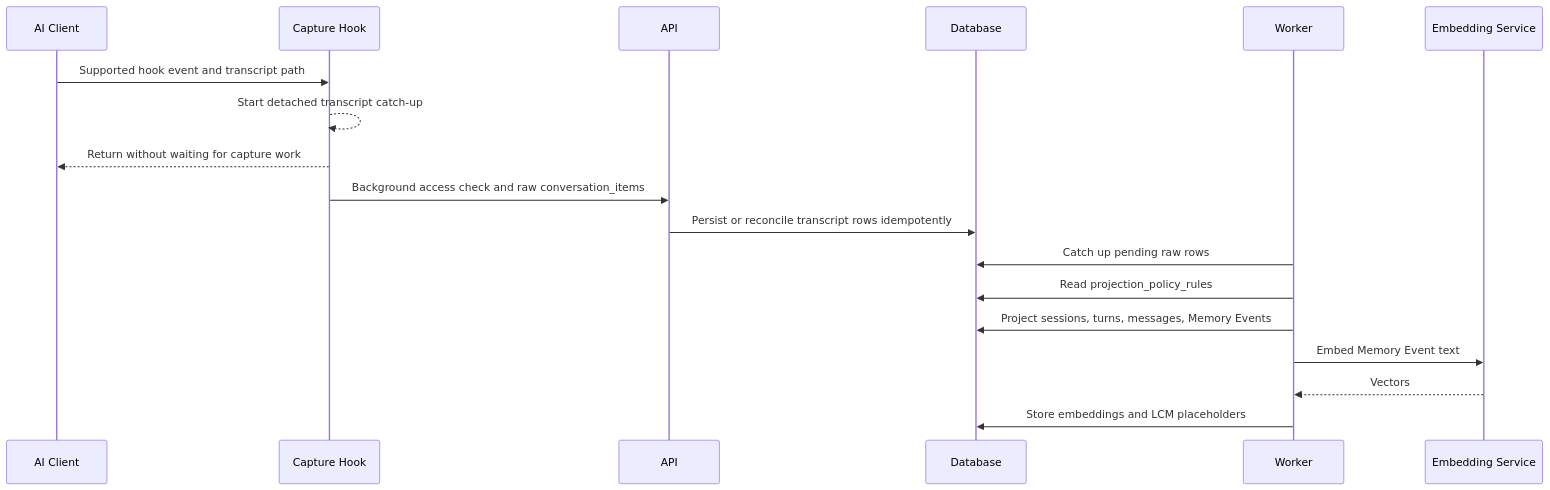
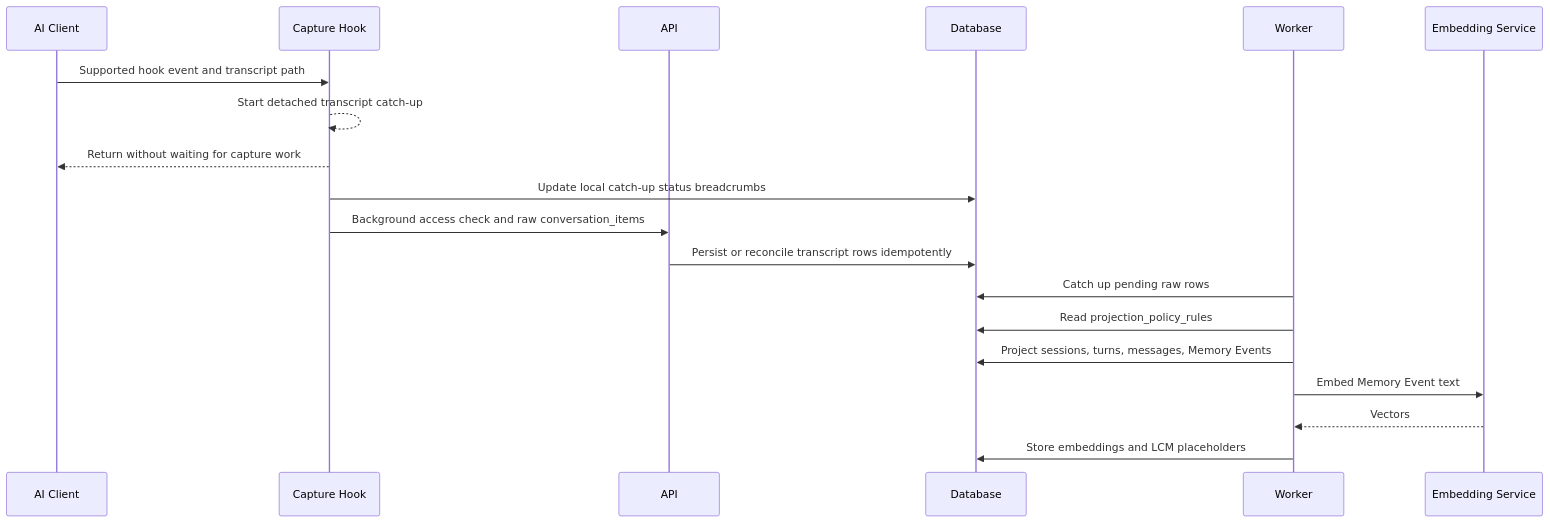
One commit to koed-labs/koed changed the first of 5 diagrams in docs/service-sequence-overview.md. Above: the diagram before and after it, drawn with Mermaid. The commit also changed other lines of this file and 8 other files, not shown here.

````diff
--- a/docs/service-sequence-overview.md
+++ b/docs/service-sequence-overview.md
@@ -85,21 +88,22 @@
 ```mermaid
 sequenceDiagram
   participant Client as AI Client
   participant Hook as Capture Hook
   participant API as API
   participant DB as Database
   participant Worker as Worker
   participant Embed as Embedding Service
 
   Client->>Hook: Supported hook event and transcript path
   Hook-->>Hook: Start detached transcript catch-up
   Hook-->>Client: Return without waiting for capture work
+  Hook->>DB: Update local catch-up status breadcrumbs
   Hook->>API: Background access check and raw conversation_items
   API->>DB: Persist or reconcile transcript rows idempotently
   Worker->>DB: Catch up pending raw rows
   Worker->>DB: Read projection_policy_rules
   Worker->>DB: Project sessions, turns, messages, Memory Events
   Worker->>Embed: Embed Memory Event text
   Embed-->>Worker: Vectors
   Worker->>DB: Store embeddings and LCM placeholders
 ```
````
